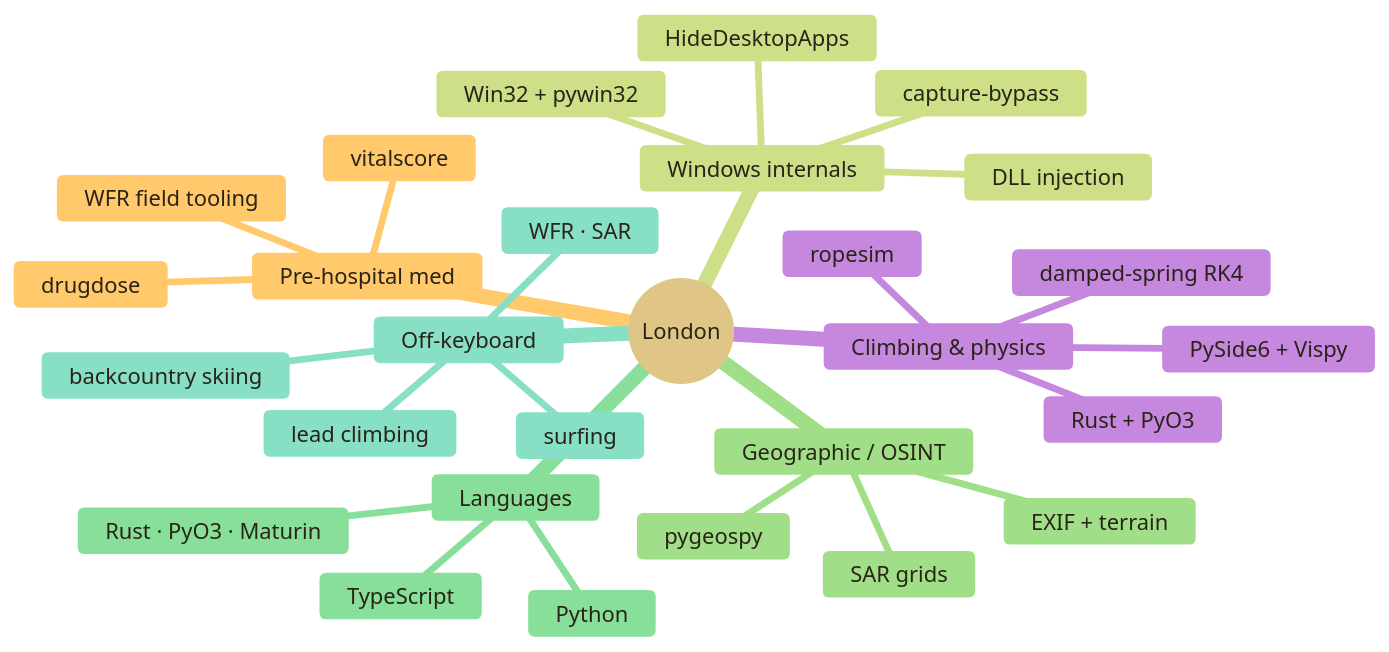
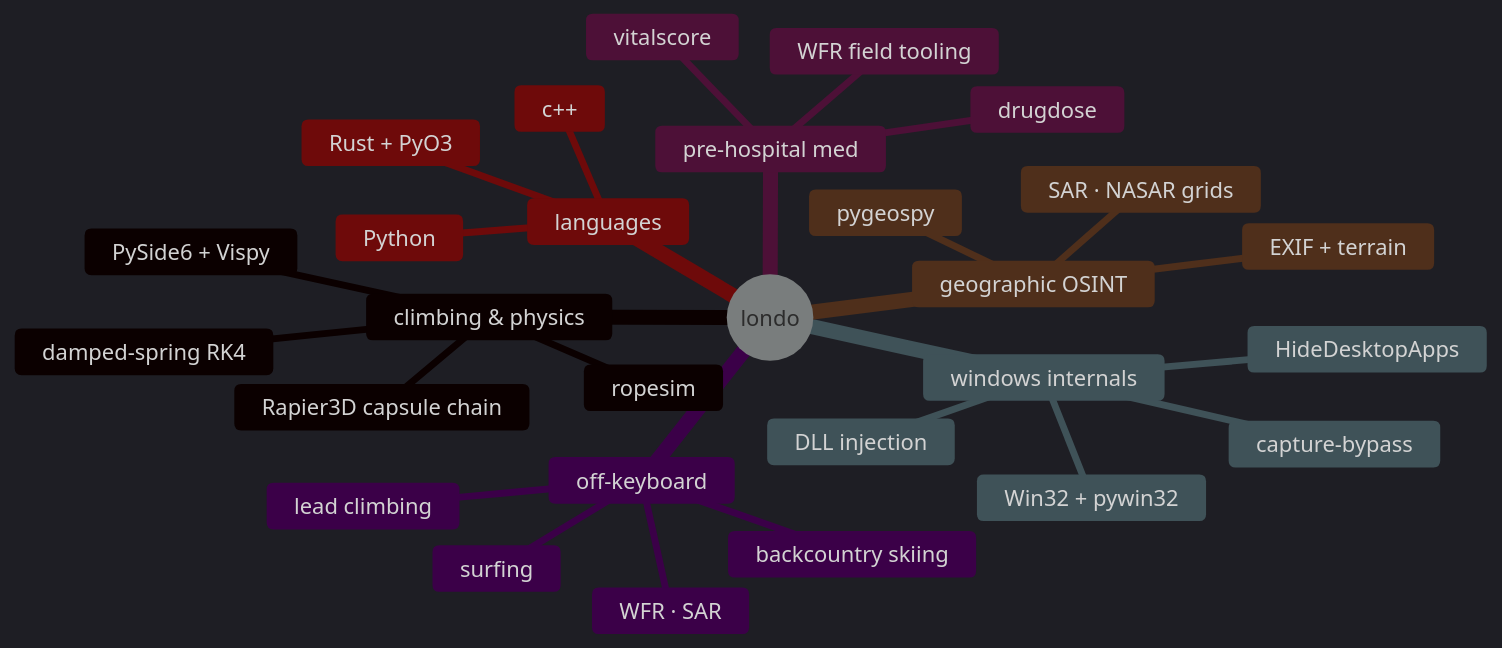
One commit to Londopy/Londopy changed the diagram in README.md. Above: the diagram before and after it, drawn with Mermaid. The commit also changed other lines of this file, not shown here.

````diff
--- a/README.md
+++ b/README.md
@@ -116,32 +93,32 @@
 ```mermaid
-%%{init: {'theme':'base','themeVariables':{'primaryColor':'#FAF6EC','primaryTextColor':'#2A2418','primaryBorderColor':'#7A5C3A','lineColor':'#7A5C3A','tertiaryColor':'#FFF8EC'}}}%%
+%%{init: {'theme':'dark','themeVariables':{'primaryColor':'#0d1117','primaryTextColor':'#c9d1d9','primaryBorderColor':'#00D9FF','lineColor':'#00D9FF','tertiaryColor':'#161b22','fontFamily':'JetBrains Mono, monospace'}}}%%
 mindmap
-  root((London))
-    Climbing & physics
+  root((londo))
+    climbing & physics
       ropesim
-      Rust + PyO3
       damped-spring RK4
+      Rapier3D capsule chain
       PySide6 + Vispy
-    Pre-hospital med
+    pre-hospital med
       drugdose
       vitalscore
       WFR field tooling
-    Windows internals
+    windows internals
       capture-bypass
       HideDesktopApps
       DLL injection
       Win32 + pywin32
-    Geographic / OSINT
+    geographic OSINT
       pygeospy
-      SAR grids
+      SAR · NASAR grids
       EXIF + terrain
-    Languages
+    languages
       Python
-      Rust · PyO3 · Maturin
-      TypeScript
-    Off-keyboard
+      Rust + PyO3
+      c++
+    off-keyboard
       lead climbing
       backcountry skiing
       surfing
       WFR · SAR
 ```
````
